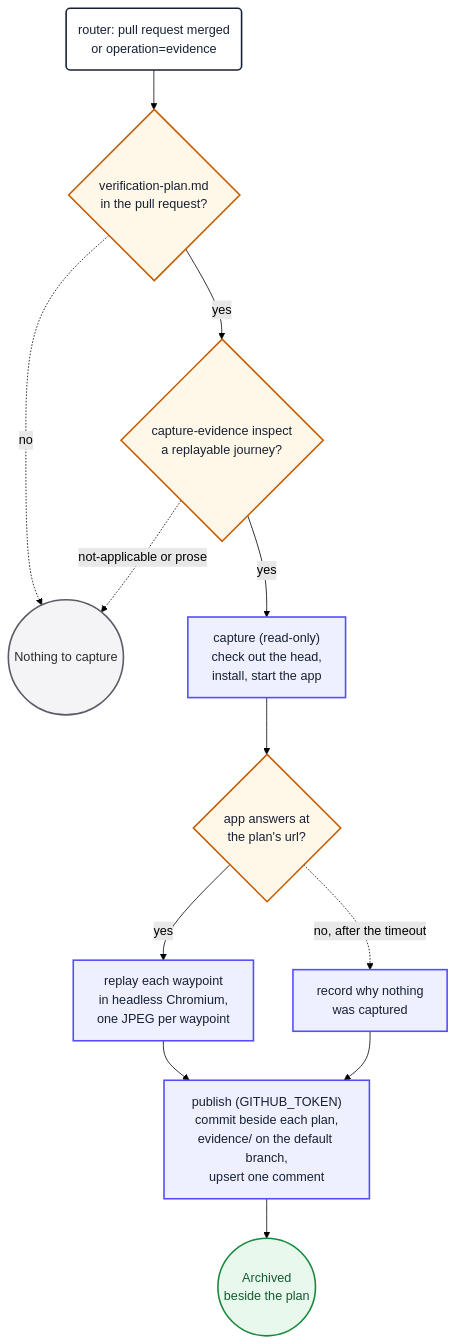
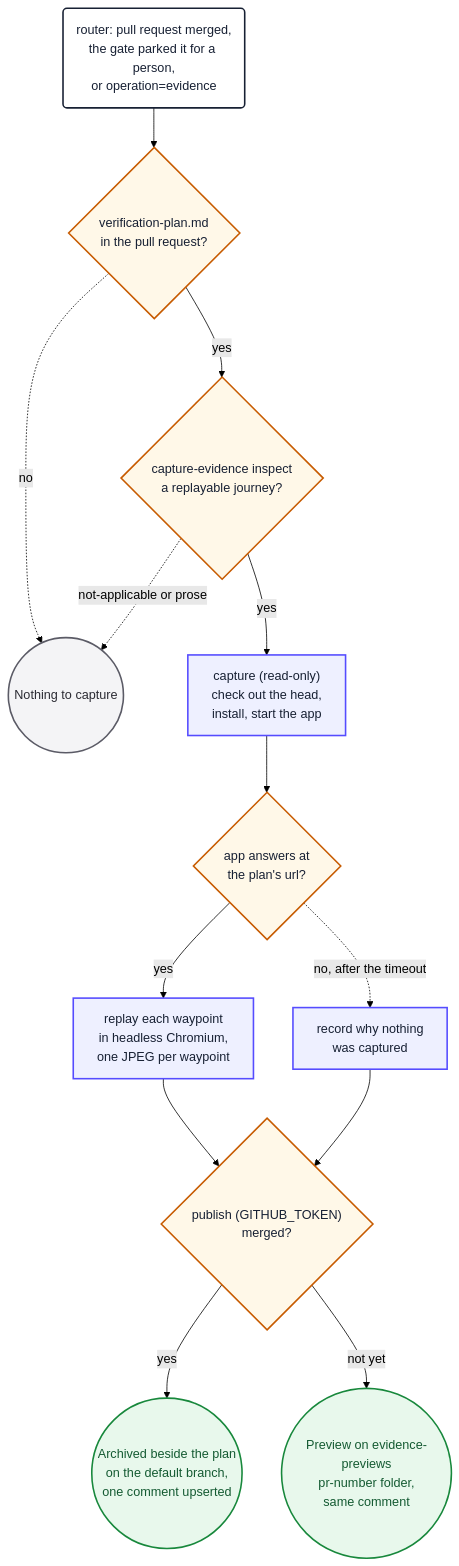
One commit to PlainConceptsPlatform/agentic-workflows changed diagram 13 of 13 in loops/docs/diagrams.md. Above: the diagram before and after it, drawn with Mermaid (forest theme). The commit also changed other lines of this file and 17 other files, not shown here.

````diff
--- a/loops/docs/diagrams.md
+++ b/loops/docs/diagrams.md
@@ -636,30 +648,33 @@
 ```mermaid
 flowchart TD
-    evStart("router: pull request merged<br/>or operation=evidence") --> evPlans
+    evStart("router: pull request merged,<br/>the gate parked it for a person,<br/>or operation=evidence") --> evPlans
     evPlans{"verification-plan.md<br/>in the pull request?"}
     evPlans -.->|"no"| evIdle
     evPlans -->|"yes"| evInspect
     evInspect{"capture-evidence inspect<br/>a replayable journey?"}
     evInspect -.->|"not-applicable or prose"| evIdle
     evInspect -->|"yes"| evApp
     evApp["capture (read-only)<br/>check out the head,<br/>install, start the app"] --> evUp
     evUp{"app answers at<br/>the plan's url?"}
     evUp -->|"yes"| evReplay
     evUp -.->|"no, after the timeout"| evUnreached
     evReplay["replay each waypoint<br/>in headless Chromium,<br/>one JPEG per waypoint"] --> evPublish
     evUnreached["record why nothing<br/>was captured"] --> evPublish
-    evPublish["publish (GITHUB_TOKEN)<br/>commit beside each plan,<br/>evidence/ on the default branch,<br/>upsert one comment"] --> evDone
-    evDone(("Archived<br/>beside the plan"))
+    evPublish{"publish (GITHUB_TOKEN)<br/>merged?"}
+    evPublish -->|"yes"| evDone
+    evPublish -->|"not yet"| evPreview
+    evDone(("Archived beside the plan<br/>on the default branch,<br/>one comment upserted"))
+    evPreview(("Preview on evidence-previews<br/>pr-number folder,<br/>same comment"))
     evIdle(("Nothing to capture"))
 
     classDef start fill:#ffffff,stroke:#172033,stroke-width:2px,color:#172033
     classDef action fill:#eef0ff,stroke:#554cff,stroke-width:2px,color:#172033
     classDef decision fill:#fff8e8,stroke:#c75b00,stroke-width:2px,color:#172033
     classDef idle fill:#f4f4f6,stroke:#5b5b66,stroke-width:2px,color:#2b2b33
     classDef success fill:#e8f8ec,stroke:#18883c,stroke-width:2px,color:#145a32
     class evStart start
-    class evApp,evReplay,evUnreached,evPublish action
-    class evPlans,evInspect,evUp decision
+    class evApp,evReplay,evUnreached action
+    class evPlans,evInspect,evUp,evPublish decision
     class evIdle idle
-    class evDone success
+    class evDone,evPreview success
 ```
````
